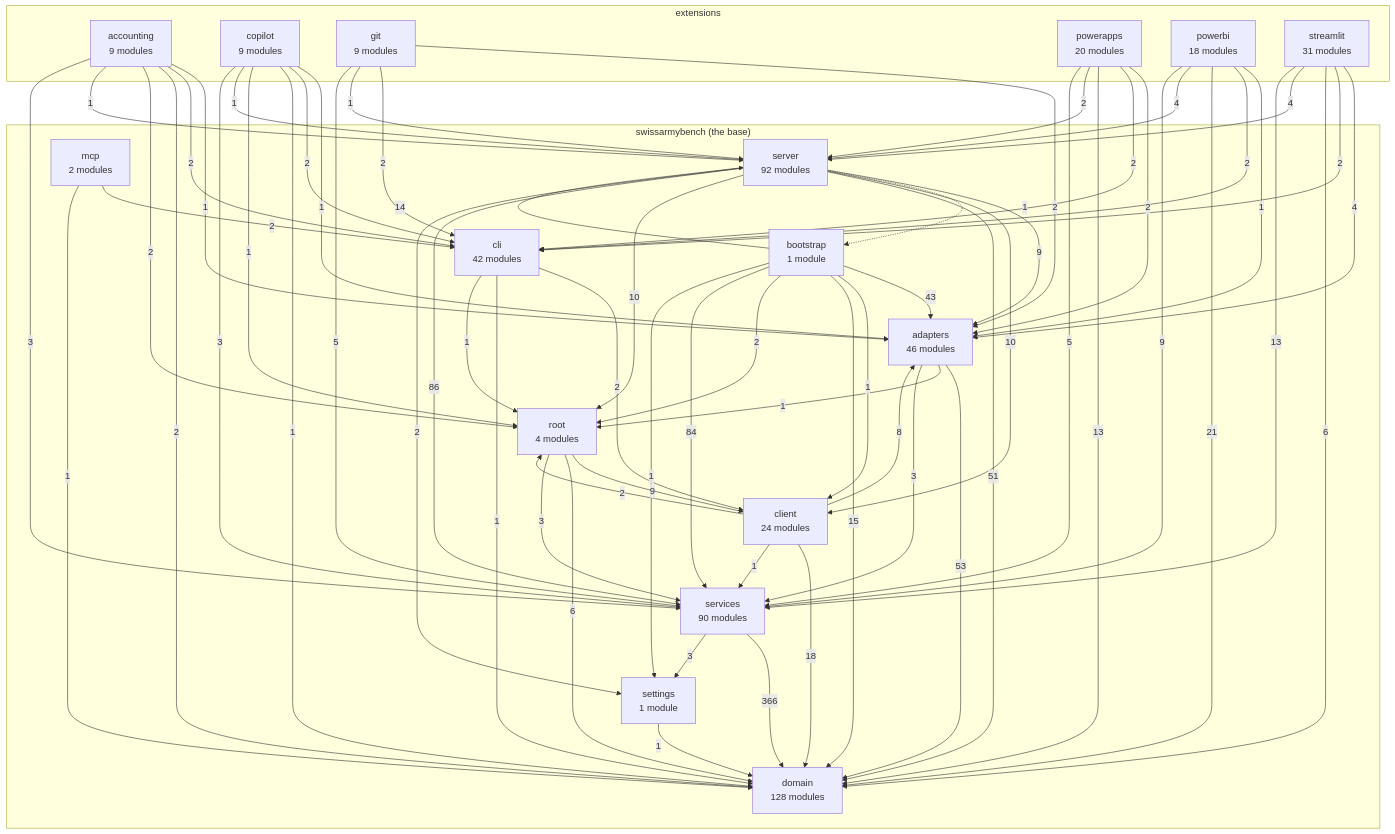
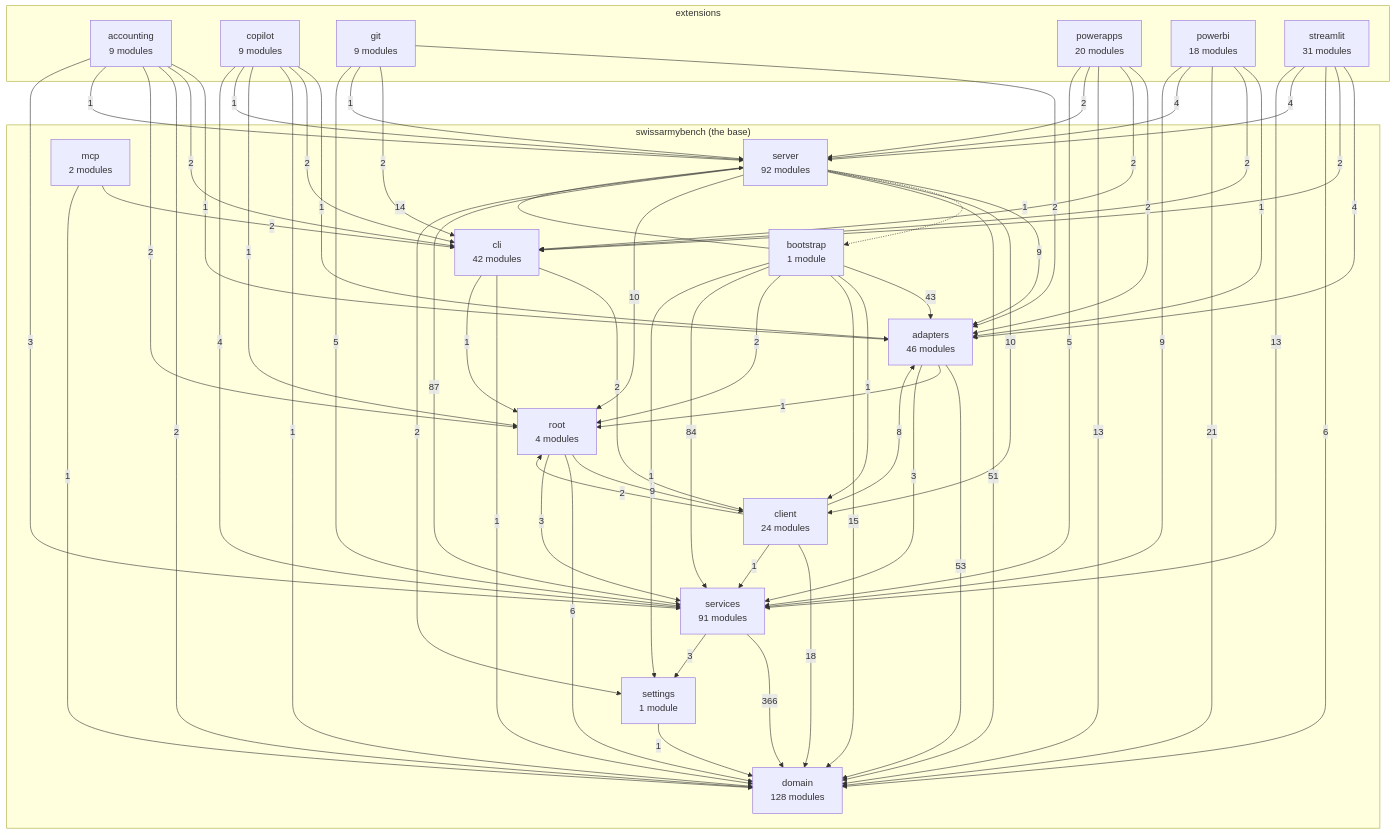
The diagram in docs/architecture-map.md (DylanCodyBrown/SwissArmyBench), drawn with Mermaid before and after one commit. The commit also changed other lines of this file, not shown here.

Commit message:
The architecture map with services/background.py
Claude-Session: https://claude.ai/code/session_01FWQnp3dtRkEnByKM6kHori

```diff
--- a/docs/architecture-map.md
+++ b/docs/architecture-map.md
@@ -19,7 +19,7 @@
     subgraph base["swissarmybench (the base)"]
         domain["domain<br/>128 modules"]
         settings["settings<br/>1 module"]
-        services["services<br/>90 modules"]
+        services["services<br/>91 modules"]
         adapters["adapters<br/>46 modules"]
         cli["cli<br/>42 modules"]
         client["client<br/>24 modules"]
@@ -64,7 +64,7 @@
     ext_copilot -->|1| domain
     ext_copilot -->|1| root
     ext_copilot -->|1| server
-    ext_copilot -->|3| services
+    ext_copilot -->|4| services
     ext_git -->|2| adapters
     ext_git -->|2| cli
     ext_git -->|1| server
@@ -94,7 +94,7 @@
     server -->|10| client
     server -->|51| domain
     server -->|10| root
-    server -->|86| services
+    server -->|87| services
     server -->|2| settings
     services -->|366| domain
     services -->|3| settings
```
